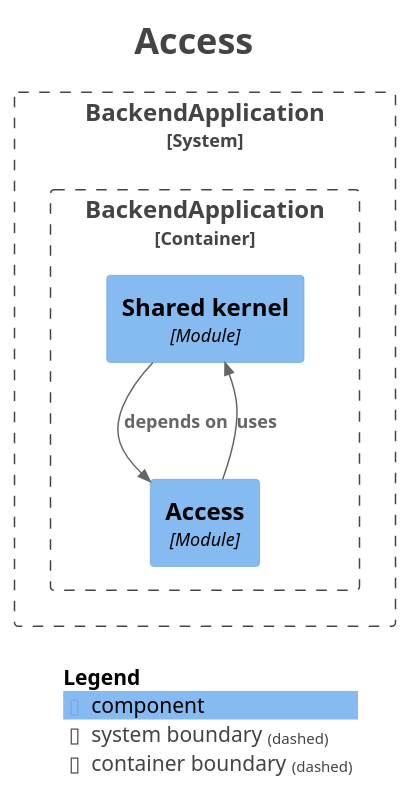
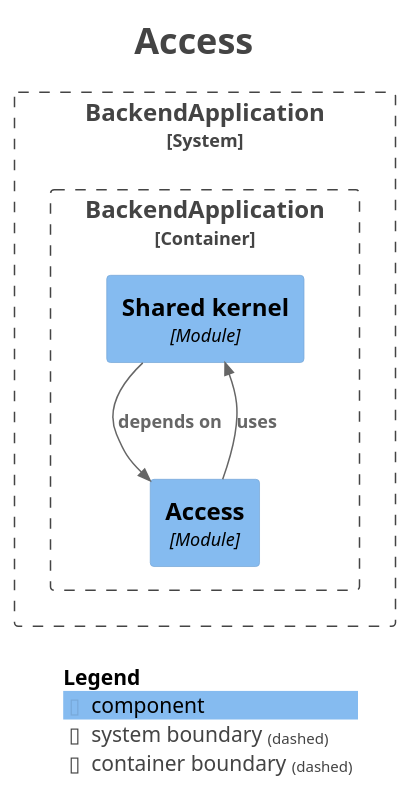
The diagram in docs/architecture/modules/module-access.puml (fxavier/restaurantePRO), drawn with PlantUML before and after one commit. The commit also changed other lines of this file and 34 other files, not shown here.

```diff
--- a/docs/architecture/modules/module-access.puml
+++ b/docs/architecture/modules/module-access.puml
@@ -1,31 +1,31 @@
 @startuml
 title <size:24>Access</size>
 
 set separator none
 top to bottom direction
 
 <style>
   root {
     BackgroundColor: #ffffff
     FontColor: #444444
   }
 </style>
 
 !include <C4/C4>
 !include <C4/C4_Context>
 !include <C4/C4_Component>
 
 System_Boundary("BackendApplication_boundary", "BackendApplication", $tags="") {
   Container_Boundary("BackendApplication.BackendApplication_boundary", "BackendApplication", $tags="") {
     Component(BackendApplication.BackendApplication.Sharedkernel, "Shared kernel", $techn="Module", $descr="", $tags="", $link="")
     Component(BackendApplication.BackendApplication.Access, "Access", $techn="Module", $descr="", $tags="", $link="")
   }
 
 }
 
+Rel(BackendApplication.BackendApplication.Access, BackendApplication.BackendApplication.Sharedkernel, "uses", $techn="", $tags="", $link="")
 Rel(BackendApplication.BackendApplication.Sharedkernel, BackendApplication.BackendApplication.Access, "depends on", $techn="", $tags="", $link="")
-Rel(BackendApplication.BackendApplication.Access, BackendApplication.BackendApplication.Sharedkernel, "uses", $techn="", $tags="", $link="")
 
 SHOW_LEGEND(true)
 hide stereotypes
 @enduml
```
